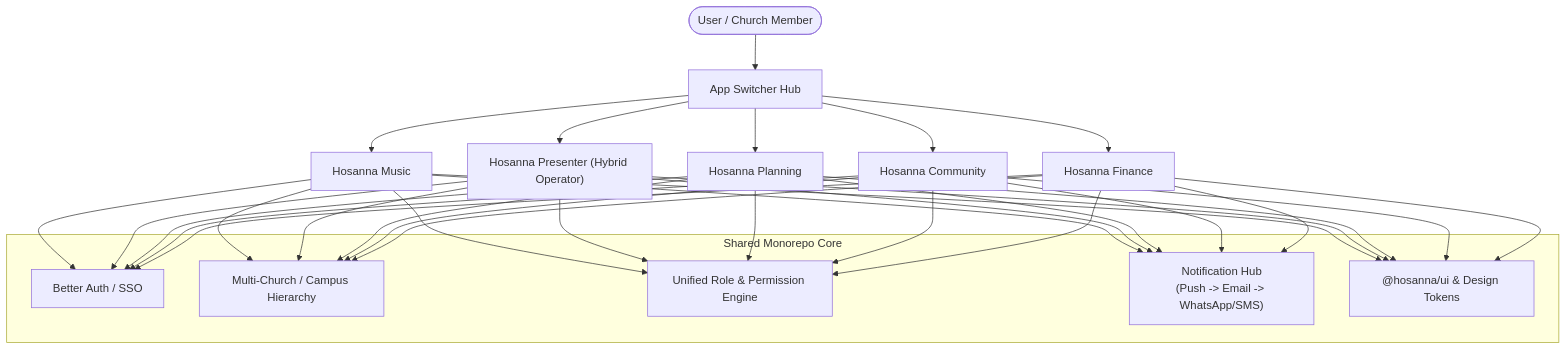
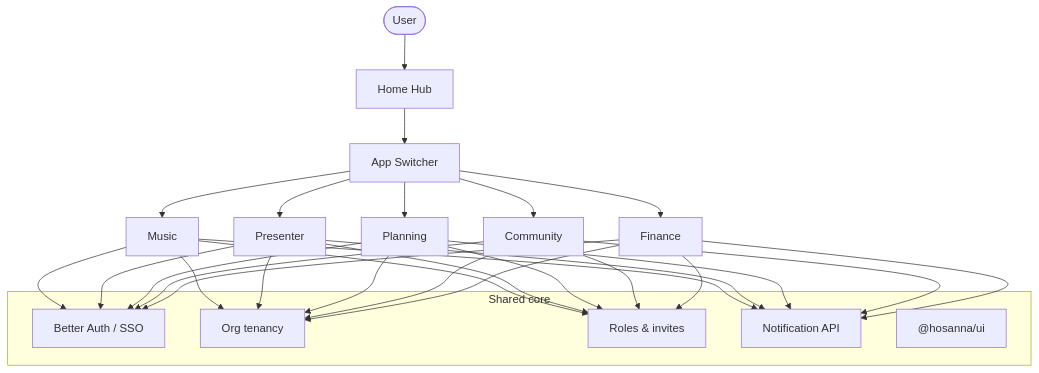
The third of 4 diagrams in docs/FUTURE_DIRECTION.md (Apoll011/hosanna-suite), drawn with Mermaid before and after one commit. The commit also changed other lines of this file, not shown here.

````diff
--- a/docs/FUTURE_DIRECTION.md
+++ b/docs/FUTURE_DIRECTION.md
@@ -237,23 +204,23 @@
 ```mermaid
-graph TD
-    User([User / Church Member]) --> AppSwitcher[App Switcher Hub]
-    AppSwitcher --> App1[Hosanna Music]
-    AppSwitcher --> App2["Hosanna Presenter (Hybrid Operator)"]
-    AppSwitcher --> App3[Hosanna Planning]
-    AppSwitcher --> App4[Hosanna Community]
-    AppSwitcher --> App5[Hosanna Finance]
+flowchart TD
+    User([User]) --> Hub[Home Hub]
+    Hub --> Switcher[App Switcher]
+    Switcher --> Music[Music]
+    Switcher --> Presenter[Presenter]
+    Switcher --> Planning[Planning]
+    Switcher --> Community[Community]
+    Switcher --> Finance[Finance]
 
-    subgraph Shared Monorepo Core
-        AuthService[Better Auth / SSO]
-        TenantService[Multi-Church / Campus Hierarchy]
-        RBAC[Unified Role & Permission Engine]
-        NotifService["Notification Hub\n(Push -> Email -> WhatsApp/SMS)"]
-        SharedUI["@hosanna/ui & Design Tokens"]
+    subgraph Shared ["Shared core"]
+        Auth[Better Auth / SSO]
+        Tenant[Org tenancy]
+        RBAC[Roles & invites]
+        Notif[Notification API]
+        UI["@hosanna/ui"]
     end
 
-    App1 & App2 & App3 & App4 & App5 --> AuthService
-    App1 & App2 & App3 & App4 & App5 --> TenantService
-    App1 & App2 & App3 & App4 & App5 --> RBAC
-    App1 & App2 & App3 & App4 & App5 --> NotifService
-    App1 & App2 & App3 & App4 & App5 --> SharedUI
+    Music & Presenter & Planning & Community & Finance --> Auth
+    Music & Presenter & Planning & Community & Finance --> Tenant
+    Music & Presenter & Planning & Community & Finance --> RBAC
+    Music & Presenter & Planning & Community & Finance --> Notif
 ```
````
